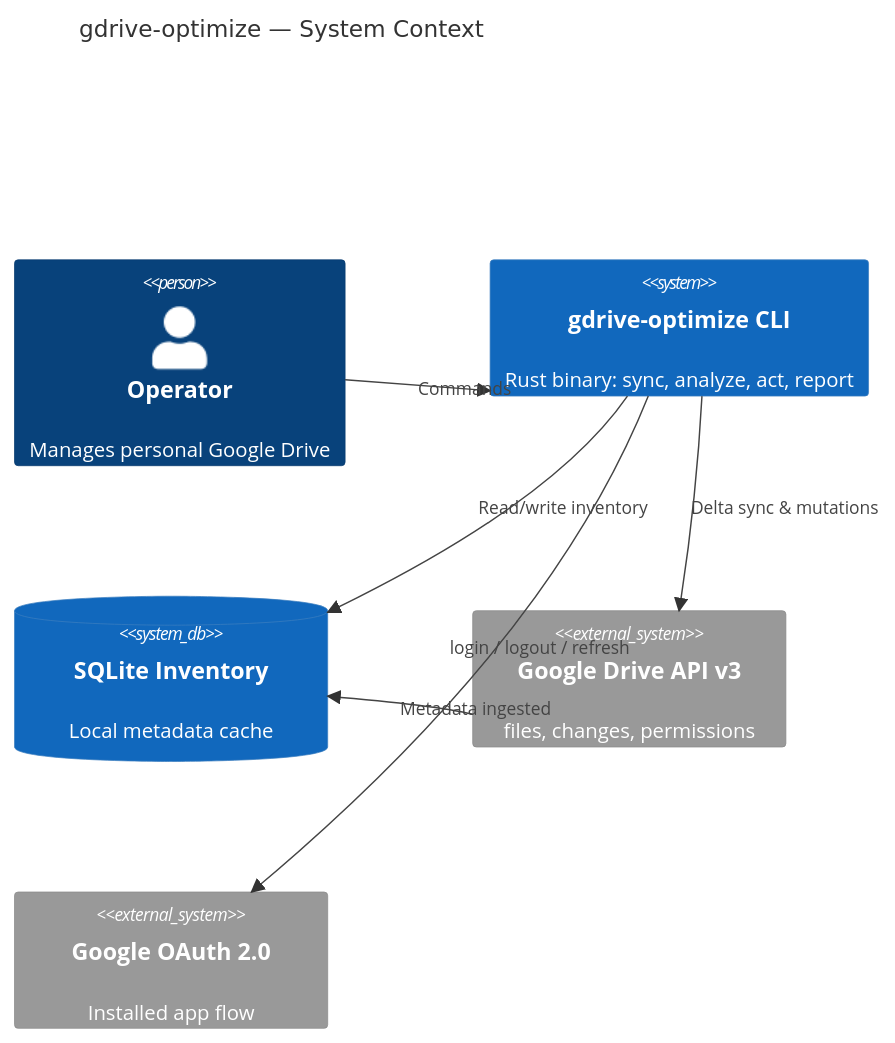
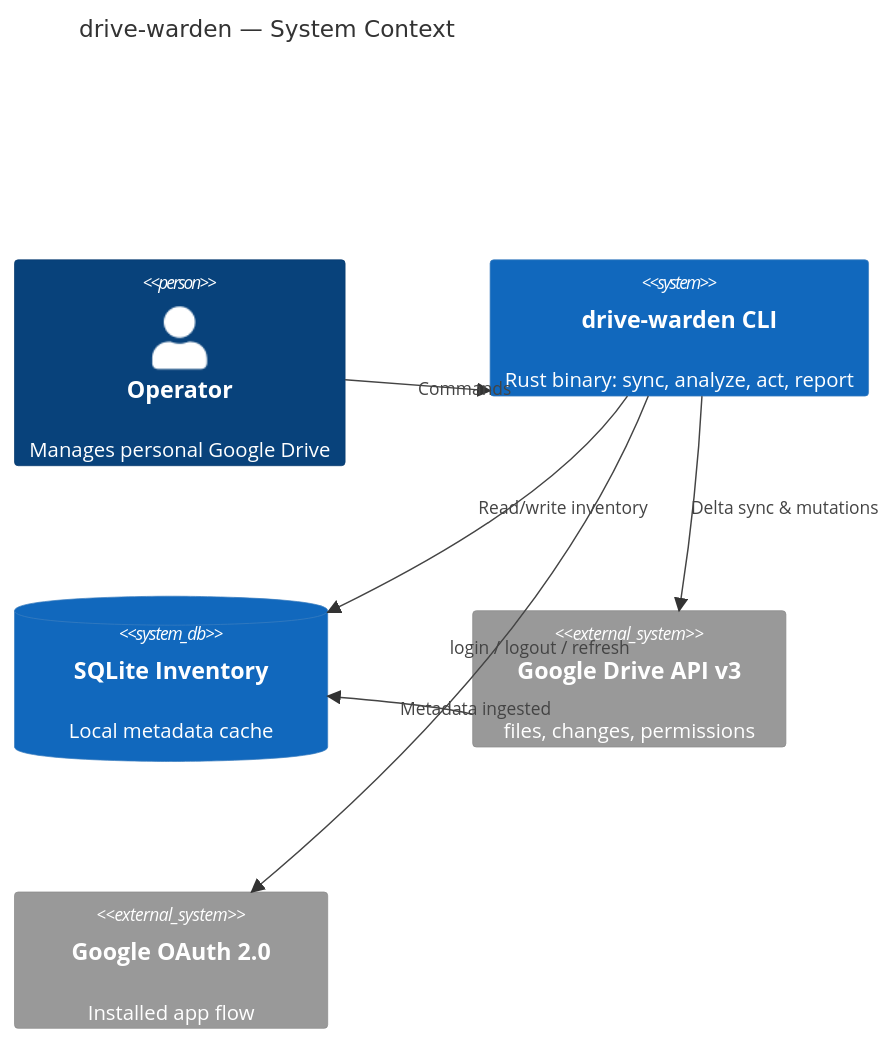
The first of 7 diagrams in docs/plans/00-master-plan.md (chris-piekarski/drive-warden), drawn with Mermaid before and after one commit. The commit also changed other lines of this file and 36 other files, not shown here.

First line of the commit message:
Rename project to drive-warden

````diff
--- a/docs/plans/00-master-plan.md
+++ b/docs/plans/00-master-plan.md
@@ -125,16 +125,16 @@
 ```mermaid
 C4Context
-    title gdrive-optimize — System Context
+    title drive-warden — System Context
 
     Person(operator, "Operator", "Manages personal Google Drive")
-    System(cli, "gdrive-optimize CLI", "Rust binary: sync, analyze, act, report")
+    System(cli, "drive-warden CLI", "Rust binary: sync, analyze, act, report")
     SystemDb(sqlite, "SQLite Inventory", "Local metadata cache")
     System_Ext(gdrive, "Google Drive API v3", "files, changes, permissions")
     System_Ext(google_auth, "Google OAuth 2.0", "Installed app flow")
 
     Rel(operator, cli, "Commands")
     Rel(cli, sqlite, "Read/write inventory")
     Rel(cli, gdrive, "Delta sync & mutations")
     Rel(cli, google_auth, "login / logout / refresh")
     Rel(gdrive, sqlite, "Metadata ingested")
 ```
````
